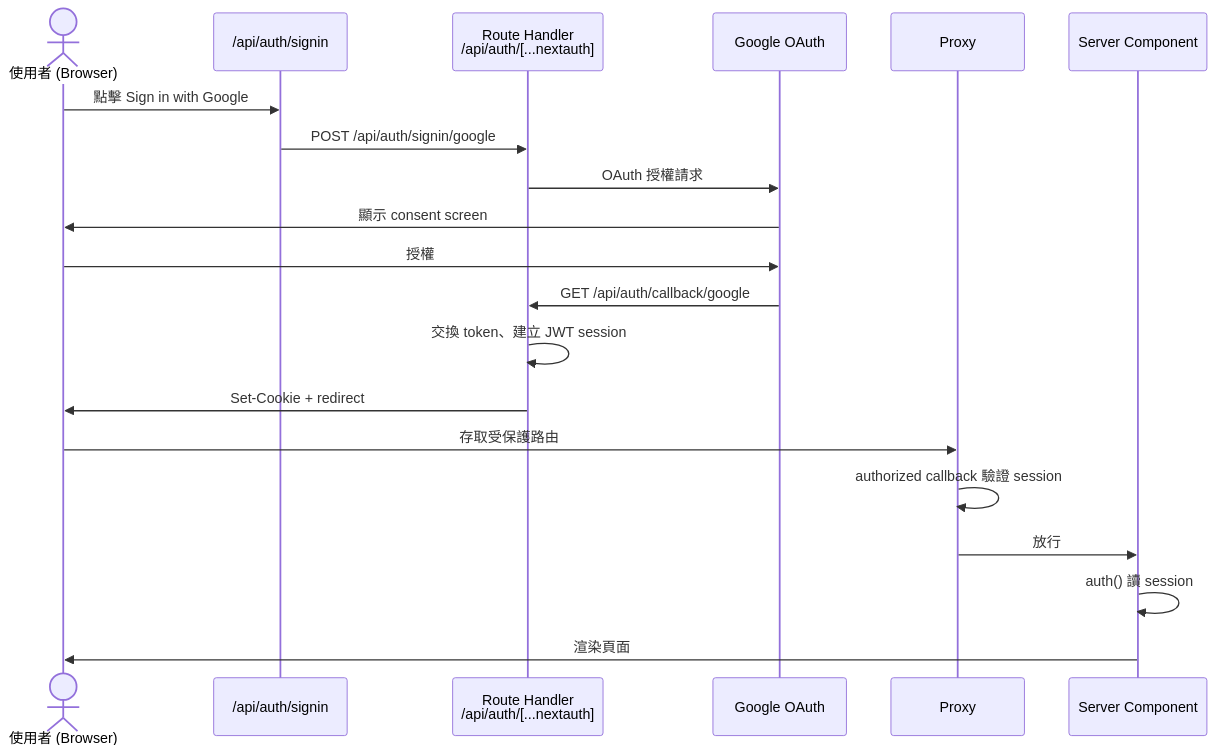
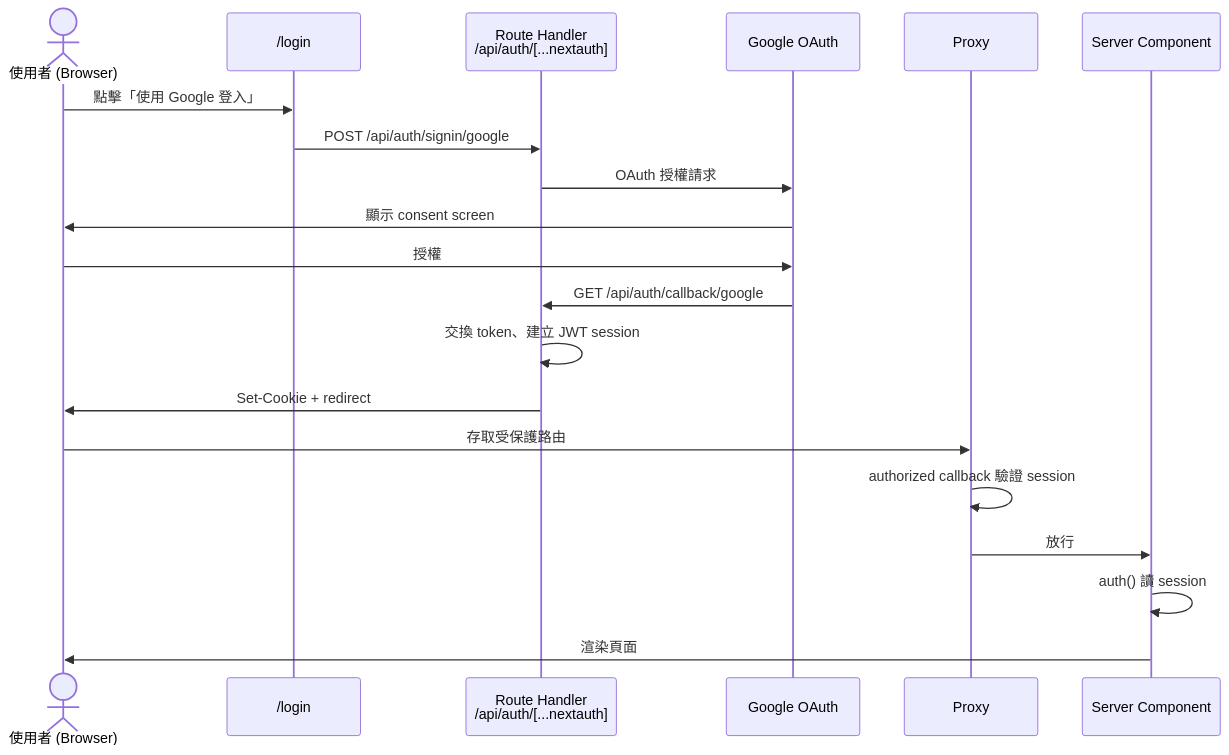
One commit to thementorship-tw/thementorship-exchange-app changed the diagram in docs/auth/03-authjs-implementation-spec.md. Above: the diagram before and after it, drawn with Mermaid. The commit also changed other lines of this file and 4 other files, not shown here.

First line of the commit message:
docs: align auth docs with custom login page

````diff
--- a/docs/auth/03-authjs-implementation-spec.md
+++ b/docs/auth/03-authjs-implementation-spec.md
@@ -237,23 +254,23 @@
 ```mermaid
 sequenceDiagram
     actor User as 使用者 (Browser)
-    participant SI as /api/auth/signin
+    participant LP as /login
     participant RH as Route Handler<br>/api/auth/[...nextauth]
     participant Google as Google OAuth
     participant PX as Proxy
     participant SC as Server Component
 
-    User->>SI: 點擊 Sign in with Google
-    SI->>RH: POST /api/auth/signin/google
+    User->>LP: 點擊「使用 Google 登入」
+    LP->>RH: POST /api/auth/signin/google
     RH->>Google: OAuth 授權請求
     Google->>User: 顯示 consent screen
     User->>Google: 授權
     Google->>RH: GET /api/auth/callback/google
     RH->>RH: 交換 token、建立 JWT session
     RH->>User: Set-Cookie + redirect
     User->>PX: 存取受保護路由
     PX->>PX: authorized callback 驗證 session
     PX->>SC: 放行
     SC->>SC: auth() 讀 session
     SC->>User: 渲染頁面
 ```
````
